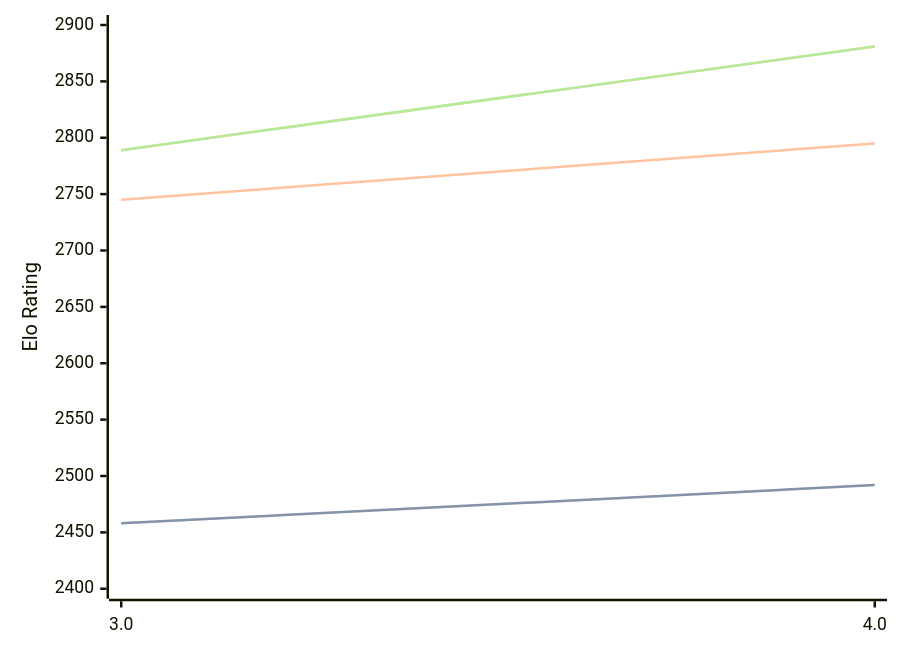
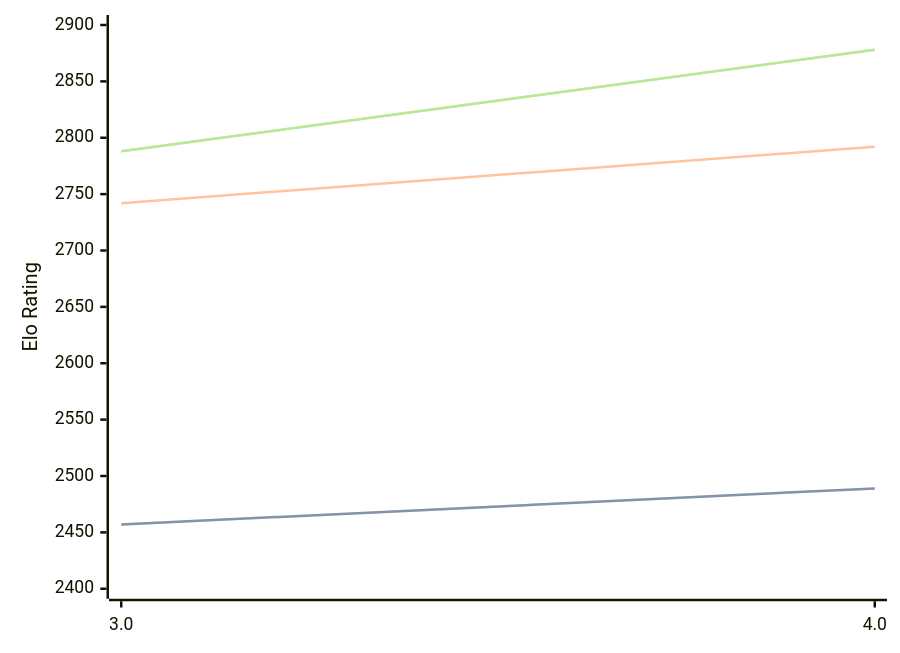
One commit to computer-chess-index/cci changed the diagram in engines/Chess3.md. Above: the diagram before and after it, drawn with Mermaid. The commit also changed other lines of this file, not shown here.

Commit message:
Update CCI Ratings (ELO VLTC) - 2026-08-12

````diff
--- a/engines/Chess3.md
+++ b/engines/Chess3.md
@@ -32,11 +32,11 @@
 ```mermaid
 %%{init: {"theme":"base","themeVariables":{"seriesColors:['#a3a3a3','#222221','#faa371']}}}%%
 xychart-beta
   x-axis ["3.0", "4.0"]
   y-axis "Elo Rating" 2400 --> 2900
-  line "STC (8.0+0.08s)" [2458, 2492]
-  line "STC (8.0+0.08s)" [2458, 2492]
-  line "LTC (60.0+0.60s)" [2745, 2795]
-  line "VLTC (2m24s+1.12s)" [2789, 2881]
-  line "VLTC (2m24s+1.12s)" [2789, 2881]
+  line "STC (8.0+0.08s)" [2457, 2489]
+  line "STC (8.0+0.08s)" [2457, 2489]
+  line "LTC (60.0+0.60s)" [2742, 2792]
+  line "VLTC (2m24s+1.12s)" [2788, 2878]
+  line "VLTC (2m24s+1.12s)" [2788, 2878]
 ```
````
